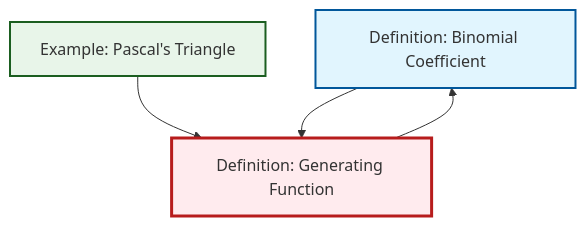
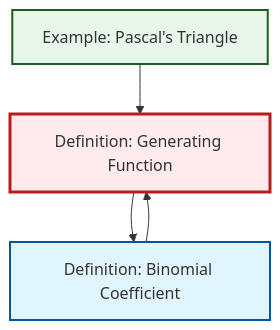
One commit to RK0429/ModernMath changed the diagram in content/en/combinatorics/def-generating-function.qmd. Above: the diagram before and after it, drawn with Mermaid. The commit also changed other lines of this file and 554 other files, not shown here.

````diff
--- a/content/en/combinatorics/def-generating-function.qmd
+++ b/content/en/combinatorics/def-generating-function.qmd
@@ -98,18 +98,18 @@
 ```{mermaid}
 %%| fig-cap: "Local dependency graph"
 graph TD
     classDef definition fill:#e1f5fe,stroke:#01579b,stroke-width:2px
     classDef theorem fill:#f3e5f5,stroke:#4a148c,stroke-width:2px
     classDef axiom fill:#fff3e0,stroke:#e65100,stroke-width:2px
     classDef example fill:#e8f5e9,stroke:#1b5e20,stroke-width:2px
     classDef current fill:#ffebee,stroke:#b71c1c,stroke-width:3px
+    ex-pascals-triangle["Example: Pascal's Triangle"]:::example
     def-binomial-coefficient["Definition: Binomial Coefficient"]:::definition
-    ex-pascals-triangle["Example: Pascal's Triangle"]:::example
     def-generating-function["Definition: Generating Function"]:::definition
     ex-pascals-triangle --> def-generating-function
+    def-binomial-coefficient --> def-generating-function
     def-generating-function --> def-binomial-coefficient
-    def-binomial-coefficient --> def-generating-function
     class def-generating-function current
+    click ex-pascals-triangle "ex-pascals-triangle.html" "Go to Pascal's Triangle example"
     click def-binomial-coefficient "def-binomial-coefficient.html" "Go to Binomial Coefficient definition"
-    click ex-pascals-triangle "ex-pascals-triangle.html" "Go to Pascal's Triangle example"
 ```
````
